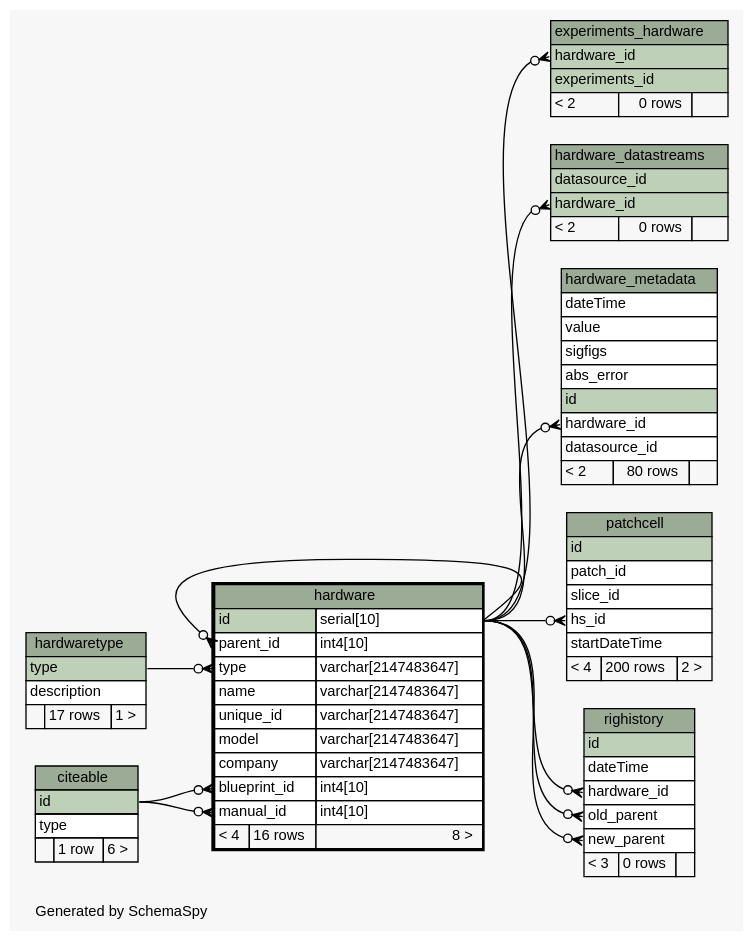
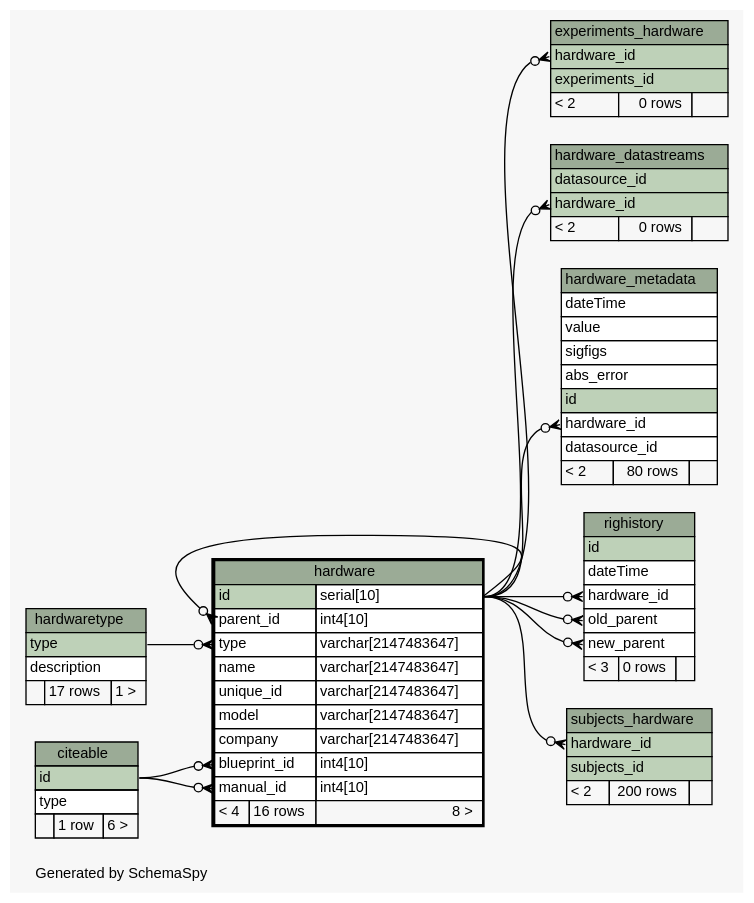
One commit to tgbugs/mlab changed the diagram in database/ss/diagrams/hardware.1degree.dot. Above: the diagram before and after it, drawn with Graphviz. The commit also changed 292 other files, not shown here.

```diff
--- a/database/ss/diagrams/hardware.1degree.dot
+++ b/database/ss/diagrams/hardware.1degree.dot
@@ -1,139 +1,136 @@
-// dot 2.32.0 on Windows 7 6.1
+// dot 2.34.0 on Windows 7 6.1
 // SchemaSpy rev 590
 digraph "oneDegreeRelationshipsDiagram" {
   graph [
     rankdir="RL"
     bgcolor="#f7f7f7"
     label="\nGenerated by SchemaSpy"
     labeljust="l"
     nodesep="0.18"
     ranksep="0.46"
     fontname="Helvetica"
     fontsize="11"
   ];
   node [
     fontname="Helvetica"
     fontsize="11"
     shape="plaintext"
   ];
   edge [
     arrowsize="0.8"
   ];
   "experiments_hardware":"hardware_id":w -> "hardware":"id.type":e [arrowhead=none dir=back arrowtail=crowodot];
   "hardware":"blueprint_id":w -> "citeable":"id":e [arrowhead=none dir=back arrowtail=crowodot];
   "hardware":"manual_id":w -> "citeable":"id":e [arrowhead=none dir=back arrowtail=crowodot];
   "hardware":"parent_id":w -> "hardware":"id.type":e [arrowhead=none dir=back arrowtail=crowodot];
   "hardware":"type":w -> "hardwaretype":"type":e [arrowhead=none dir=back arrowtail=crowodot];
   "hardware_datastreams":"hardware_id":w -> "hardware":"id.type":e [arrowhead=none dir=back arrowtail=crowodot];
   "hardware_metadata":"hardware_id":w -> "hardware":"id.type":e [arrowhead=none dir=back arrowtail=crowodot];
-  "patchcell":"hs_id":w -> "hardware":"id.type":e [arrowhead=none dir=back arrowtail=crowodot];
   "righistory":"hardware_id":w -> "hardware":"id.type":e [arrowhead=none dir=back arrowtail=crowodot];
   "righistory":"new_parent":w -> "hardware":"id.type":e [arrowhead=none dir=back arrowtail=crowodot];
   "righistory":"old_parent":w -> "hardware":"id.type":e [arrowhead=none dir=back arrowtail=crowodot];
+  "subjects_hardware":"hardware_id":w -> "hardware":"id.type":e [arrowhead=none dir=back arrowtail=crowodot];
   "citeable" [
     label=<
     <TABLE BORDER="0" CELLBORDER="1" CELLSPACING="0" BGCOLOR="#ffffff">
       <TR><TD COLSPAN="3" BGCOLOR="#9bab96" ALIGN="CENTER">citeable</TD></TR>
       <TR><TD PORT="id" COLSPAN="3" BGCOLOR="#bed1b8" ALIGN="LEFT">id</TD></TR>
       <TR><TD PORT="type" COLSPAN="3" ALIGN="LEFT">type</TD></TR>
       <TR><TD ALIGN="LEFT" BGCOLOR="#f7f7f7">  </TD><TD ALIGN="RIGHT" BGCOLOR="#f7f7f7">1 row</TD><TD ALIGN="RIGHT" BGCOLOR="#f7f7f7">6 &gt;</TD></TR>
     </TABLE>>
     URL="citeable.html"
     tooltip="citeable"
   ];
   "experiments_hardware" [
     label=<
     <TABLE BORDER="0" CELLBORDER="1" CELLSPACING="0" BGCOLOR="#ffffff">
       <TR><TD COLSPAN="3" BGCOLOR="#9bab96" ALIGN="CENTER">experiments_hardware</TD></TR>
       <TR><TD PORT="hardware_id" COLSPAN="3" BGCOLOR="#bed1b8" ALIGN="LEFT">hardware_id</TD></TR>
       <TR><TD PORT="experiments_id" COLSPAN="3" BGCOLOR="#bed1b8" ALIGN="LEFT">experiments_id</TD></TR>
       <TR><TD ALIGN="LEFT" BGCOLOR="#f7f7f7">&lt; 2</TD><TD ALIGN="RIGHT" BGCOLOR="#f7f7f7">0 rows</TD><TD ALIGN="RIGHT" BGCOLOR="#f7f7f7">  </TD></TR>
     </TABLE>>
     URL="experiments_hardware.html"
     tooltip="experiments_hardware"
   ];
   "hardware" [
     label=<
     <TABLE BORDER="2" CELLBORDER="1" CELLSPACING="0" BGCOLOR="#ffffff">
       <TR><TD COLSPAN="3" BGCOLOR="#9bab96" ALIGN="CENTER">hardware</TD></TR>
       <TR><TD PORT="id" COLSPAN="2" BGCOLOR="#bed1b8" ALIGN="LEFT">id</TD><TD PORT="id.type" ALIGN="LEFT">serial[10]</TD></TR>
       <TR><TD PORT="parent_id" COLSPAN="2" ALIGN="LEFT">parent_id</TD><TD PORT="parent_id.type" ALIGN="LEFT">int4[10]</TD></TR>
       <TR><TD PORT="type" COLSPAN="2" ALIGN="LEFT">type</TD><TD PORT="type.type" ALIGN="LEFT">varchar[2147483647]</TD></TR>
       <TR><TD PORT="name" COLSPAN="2" ALIGN="LEFT">name</TD><TD PORT="name.type" ALIGN="LEFT">varchar[2147483647]</TD></TR>
       <TR><TD PORT="unique_id" COLSPAN="2" ALIGN="LEFT">unique_id</TD><TD PORT="unique_id.type" ALIGN="LEFT">varchar[2147483647]</TD></TR>
       <TR><TD PORT="model" COLSPAN="2" ALIGN="LEFT">model</TD><TD PORT="model.type" ALIGN="LEFT">varchar[2147483647]</TD></TR>
       <TR><TD PORT="company" COLSPAN="2" ALIGN="LEFT">company</TD><TD PORT="company.type" ALIGN="LEFT">varchar[2147483647]</TD></TR>
       <TR><TD PORT="blueprint_id" COLSPAN="2" ALIGN="LEFT">blueprint_id</TD><TD PORT="blueprint_id.type" ALIGN="LEFT">int4[10]</TD></TR>
       <TR><TD PORT="manual_id" COLSPAN="2" ALIGN="LEFT">manual_id</TD><TD PORT="manual_id.type" ALIGN="LEFT">int4[10]</TD></TR>
       <TR><TD ALIGN="LEFT" BGCOLOR="#f7f7f7">&lt; 4</TD><TD ALIGN="RIGHT" BGCOLOR="#f7f7f7">16 rows</TD><TD ALIGN="RIGHT" BGCOLOR="#f7f7f7">8 &gt;</TD></TR>
     </TABLE>>
     URL="hardware.html"
     tooltip="hardware"
   ];
   "hardware_datastreams" [
     label=<
     <TABLE BORDER="0" CELLBORDER="1" CELLSPACING="0" BGCOLOR="#ffffff">
       <TR><TD COLSPAN="3" BGCOLOR="#9bab96" ALIGN="CENTER">hardware_datastreams</TD></TR>
       <TR><TD PORT="datasource_id" COLSPAN="3" BGCOLOR="#bed1b8" ALIGN="LEFT">datasource_id</TD></TR>
       <TR><TD PORT="hardware_id" COLSPAN="3" BGCOLOR="#bed1b8" ALIGN="LEFT">hardware_id</TD></TR>
       <TR><TD ALIGN="LEFT" BGCOLOR="#f7f7f7">&lt; 2</TD><TD ALIGN="RIGHT" BGCOLOR="#f7f7f7">0 rows</TD><TD ALIGN="RIGHT" BGCOLOR="#f7f7f7">  </TD></TR>
     </TABLE>>
     URL="hardware_datastreams.html"
     tooltip="hardware_datastreams"
   ];
   "hardware_metadata" [
     label=<
     <TABLE BORDER="0" CELLBORDER="1" CELLSPACING="0" BGCOLOR="#ffffff">
       <TR><TD COLSPAN="3" BGCOLOR="#9bab96" ALIGN="CENTER">hardware_metadata</TD></TR>
       <TR><TD PORT="dateTime" COLSPAN="3" ALIGN="LEFT">dateTime</TD></TR>
       <TR><TD PORT="value" COLSPAN="3" ALIGN="LEFT">value</TD></TR>
       <TR><TD PORT="sigfigs" COLSPAN="3" ALIGN="LEFT">sigfigs</TD></TR>
       <TR><TD PORT="abs_error" COLSPAN="3" ALIGN="LEFT">abs_error</TD></TR>
       <TR><TD PORT="id" COLSPAN="3" BGCOLOR="#bed1b8" ALIGN="LEFT">id</TD></TR>
       <TR><TD PORT="hardware_id" COLSPAN="3" ALIGN="LEFT">hardware_id</TD></TR>
       <TR><TD PORT="datasource_id" COLSPAN="3" ALIGN="LEFT">datasource_id</TD></TR>
       <TR><TD ALIGN="LEFT" BGCOLOR="#f7f7f7">&lt; 2</TD><TD ALIGN="RIGHT" BGCOLOR="#f7f7f7">80 rows</TD><TD ALIGN="RIGHT" BGCOLOR="#f7f7f7">  </TD></TR>
     </TABLE>>
     URL="hardware_metadata.html"
     tooltip="hardware_metadata"
   ];
   "hardwaretype" [
     label=<
     <TABLE BORDER="0" CELLBORDER="1" CELLSPACING="0" BGCOLOR="#ffffff">
       <TR><TD COLSPAN="3" BGCOLOR="#9bab96" ALIGN="CENTER">hardwaretype</TD></TR>
       <TR><TD PORT="type" COLSPAN="3" BGCOLOR="#bed1b8" ALIGN="LEFT">type</TD></TR>
       <TR><TD PORT="description" COLSPAN="3" ALIGN="LEFT">description</TD></TR>
       <TR><TD ALIGN="LEFT" BGCOLOR="#f7f7f7">  </TD><TD ALIGN="RIGHT" BGCOLOR="#f7f7f7">17 rows</TD><TD ALIGN="RIGHT" BGCOLOR="#f7f7f7">1 &gt;</TD></TR>
     </TABLE>>
     URL="hardwaretype.html"
     tooltip="hardwaretype"
   ];
-  "patchcell" [
-    label=<
-    <TABLE BORDER="0" CELLBORDER="1" CELLSPACING="0" BGCOLOR="#ffffff">
-      <TR><TD COLSPAN="3" BGCOLOR="#9bab96" ALIGN="CENTER">patchcell</TD></TR>
-      <TR><TD PORT="id" COLSPAN="3" BGCOLOR="#bed1b8" ALIGN="LEFT">id</TD></TR>
-      <TR><TD PORT="patch_id" COLSPAN="3" ALIGN="LEFT">patch_id</TD></TR>
-      <TR><TD PORT="slice_id" COLSPAN="3" ALIGN="LEFT">slice_id</TD></TR>
-      <TR><TD PORT="hs_id" COLSPAN="3" ALIGN="LEFT">hs_id</TD></TR>
-      <TR><TD PORT="startDateTime" COLSPAN="3" ALIGN="LEFT">startDateTime</TD></TR>
-      <TR><TD ALIGN="LEFT" BGCOLOR="#f7f7f7">&lt; 4</TD><TD ALIGN="RIGHT" BGCOLOR="#f7f7f7">200 rows</TD><TD ALIGN="RIGHT" BGCOLOR="#f7f7f7">2 &gt;</TD></TR>
-    </TABLE>>
-    URL="patchcell.html"
-    tooltip="patchcell"
-  ];
   "righistory" [
     label=<
     <TABLE BORDER="0" CELLBORDER="1" CELLSPACING="0" BGCOLOR="#ffffff">
       <TR><TD COLSPAN="3" BGCOLOR="#9bab96" ALIGN="CENTER">righistory</TD></TR>
       <TR><TD PORT="id" COLSPAN="3" BGCOLOR="#bed1b8" ALIGN="LEFT">id</TD></TR>
       <TR><TD PORT="dateTime" COLSPAN="3" ALIGN="LEFT">dateTime</TD></TR>
       <TR><TD PORT="hardware_id" COLSPAN="3" ALIGN="LEFT">hardware_id</TD></TR>
       <TR><TD PORT="old_parent" COLSPAN="3" ALIGN="LEFT">old_parent</TD></TR>
       <TR><TD PORT="new_parent" COLSPAN="3" ALIGN="LEFT">new_parent</TD></TR>
       <TR><TD ALIGN="LEFT" BGCOLOR="#f7f7f7">&lt; 3</TD><TD ALIGN="RIGHT" BGCOLOR="#f7f7f7">0 rows</TD><TD ALIGN="RIGHT" BGCOLOR="#f7f7f7">  </TD></TR>
     </TABLE>>
     URL="righistory.html"
     tooltip="righistory"
   ];
+  "subjects_hardware" [
+    label=<
+    <TABLE BORDER="0" CELLBORDER="1" CELLSPACING="0" BGCOLOR="#ffffff">
+      <TR><TD COLSPAN="3" BGCOLOR="#9bab96" ALIGN="CENTER">subjects_hardware</TD></TR>
+      <TR><TD PORT="hardware_id" COLSPAN="3" BGCOLOR="#bed1b8" ALIGN="LEFT">hardware_id</TD></TR>
+      <TR><TD PORT="subjects_id" COLSPAN="3" BGCOLOR="#bed1b8" ALIGN="LEFT">subjects_id</TD></TR>
+      <TR><TD ALIGN="LEFT" BGCOLOR="#f7f7f7">&lt; 2</TD><TD ALIGN="RIGHT" BGCOLOR="#f7f7f7">200 rows</TD><TD ALIGN="RIGHT" BGCOLOR="#f7f7f7">  </TD></TR>
+    </TABLE>>
+    URL="subjects_hardware.html"
+    tooltip="subjects_hardware"
+  ];
 }
```
